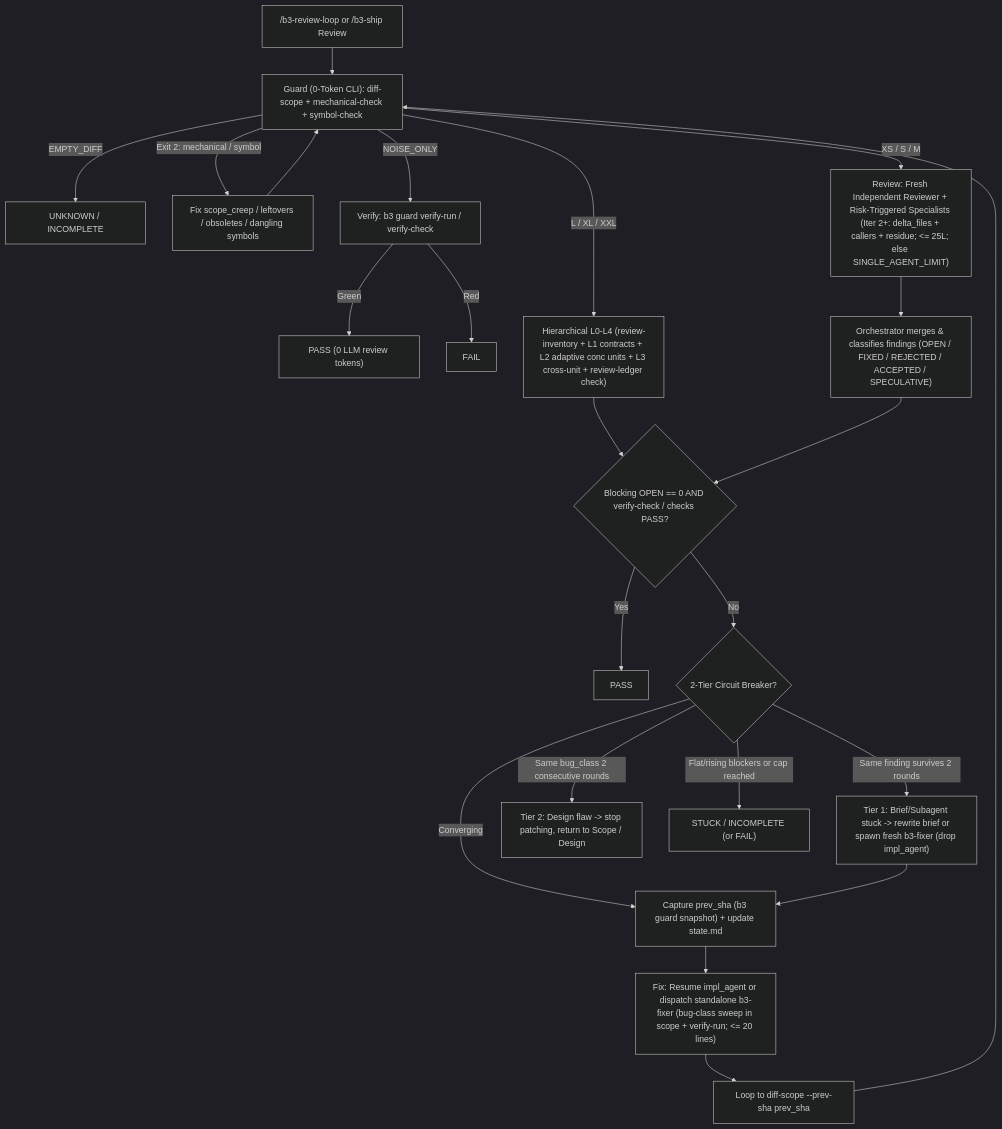
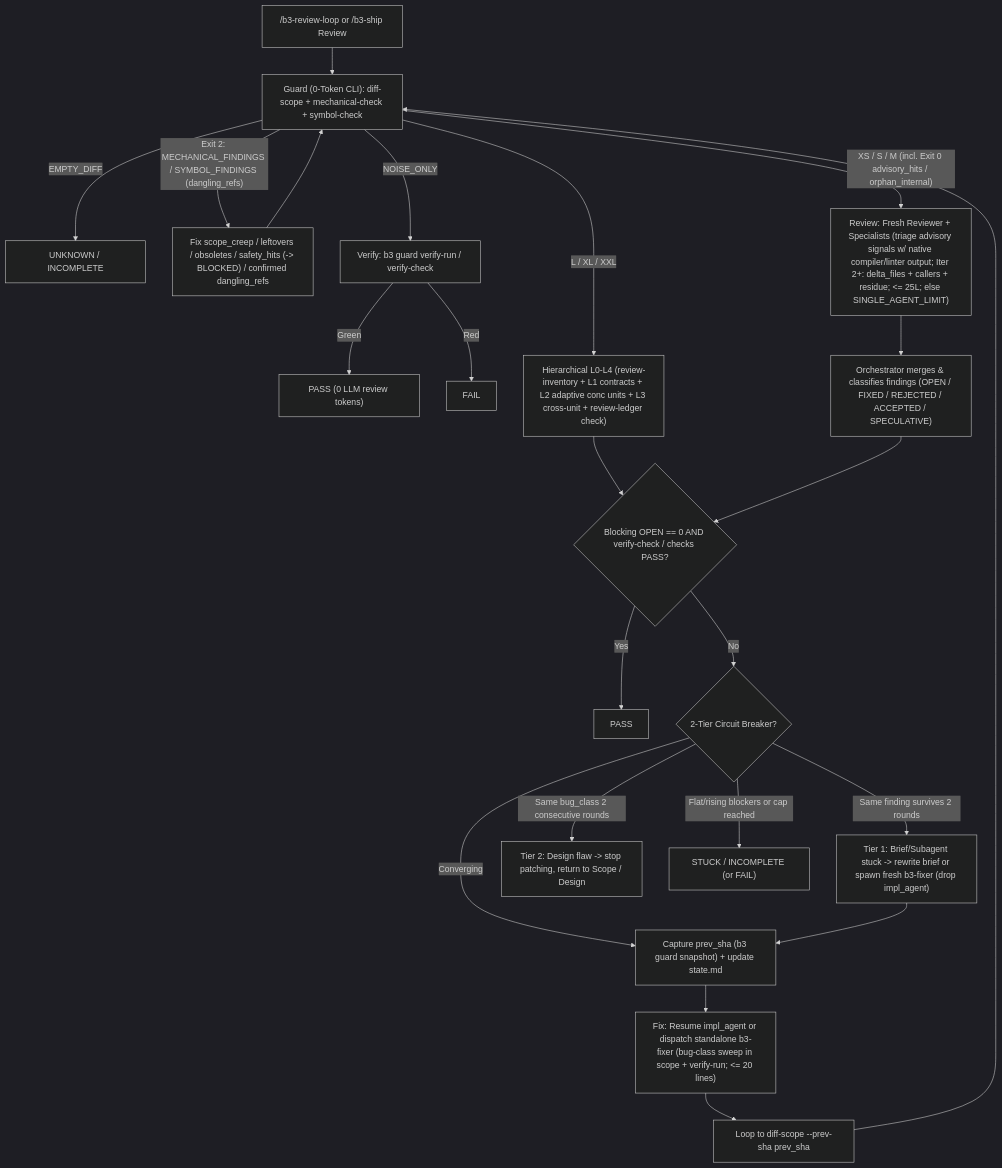
The third of 5 diagrams in docs/ship-and-review-guide.md (hptbee/b3_ai-engineering), drawn with Mermaid (dark theme) before and after one commit. The commit also changed other lines of this file and 61 other files, not shown here.

````diff
--- a/docs/ship-and-review-guide.md
+++ b/docs/ship-and-review-guide.md
@@ -131,28 +131,28 @@
 ```mermaid
 flowchart TD
     Start["/b3-review-loop or /b3-ship Review"] --> Scope["Guard (0-Token CLI): diff-scope + mechanical-check + symbol-check"]
     Scope -->|"EMPTY_DIFF"| Incomplete["UNKNOWN / INCOMPLETE"]
-    Scope -->|"Exit 2: mechanical / symbol"| FixMech["Fix scope_creep / leftovers / obsoletes / dangling symbols"]
+    Scope -->|"Exit 2: MECHANICAL_FINDINGS / SYMBOL_FINDINGS (dangling_refs)"| FixMech["Fix scope_creep / leftovers / obsoletes / safety_hits (-> BLOCKED) / confirmed dangling_refs"]
     FixMech --> Scope
     Scope -->|"NOISE_ONLY"| NoiseTest["Verify: b3 guard verify-run / verify-check"]
     NoiseTest -->|"Green"| Pass["PASS (0 LLM review tokens)"]
     NoiseTest -->|"Red"| Fail["FAIL"]
 
     Scope -->|"L / XL / XXL"| Hier["Hierarchical L0-L4 (review-inventory + L1 contracts + L2 adaptive conc units + L3 cross-unit + review-ledger check)"]
     Hier --> Gate
-    Scope -->|"XS / S / M"| Rev["Review: Fresh Independent Reviewer + Risk-Triggered Specialists (Iter 2+: delta_files + callers + residue; <= 25L; else SINGLE_AGENT_LIMIT)"]
+    Scope -->|"XS / S / M (incl. Exit 0 advisory_hits / orphan_internal)"| Rev["Review: Fresh Reviewer + Specialists (triage advisory signals w/ native compiler/linter output; Iter 2+: delta_files + callers + residue; <= 25L; else SINGLE_AGENT_LIMIT)"]
     Rev --> Merge["Orchestrator merges & classifies findings (OPEN / FIXED / REJECTED / ACCEPTED / SPECULATIVE)"]
     Merge --> Gate{"Blocking OPEN == 0 AND verify-check / checks PASS?"}
     Gate -->|"Yes"| Pass2["PASS"]
     Gate -->|"No"| Breaker{"2-Tier Circuit Breaker?"}
 
     Breaker -->|"Same finding survives 2 rounds"| ResetSubagent["Tier 1: Brief/Subagent stuck -> rewrite brief or spawn fresh b3-fixer (drop impl_agent)"]
     Breaker -->|"Same bug_class 2 consecutive rounds"| Redesign["Tier 2: Design flaw -> stop patching, return to Scope / Design"]
     Breaker -->|"Flat/rising blockers or cap reached"| Stuck["STUCK / INCOMPLETE (or FAIL)"]
     Breaker -->|"Converging"| Snap["Capture prev_sha (b3 guard snapshot) + update state.md"]
 
     ResetSubagent --> Snap
     Snap --> Fix["Fix: Resume impl_agent or dispatch standalone b3-fixer (bug-class sweep in scope + verify-run; <= 20 lines)"]
     Fix --> LoopBack["Loop to diff-scope --prev-sha prev_sha"]
     LoopBack --> Scope
 ```
````
